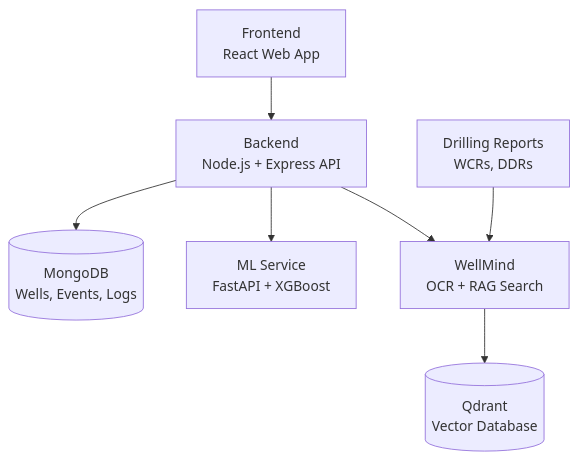
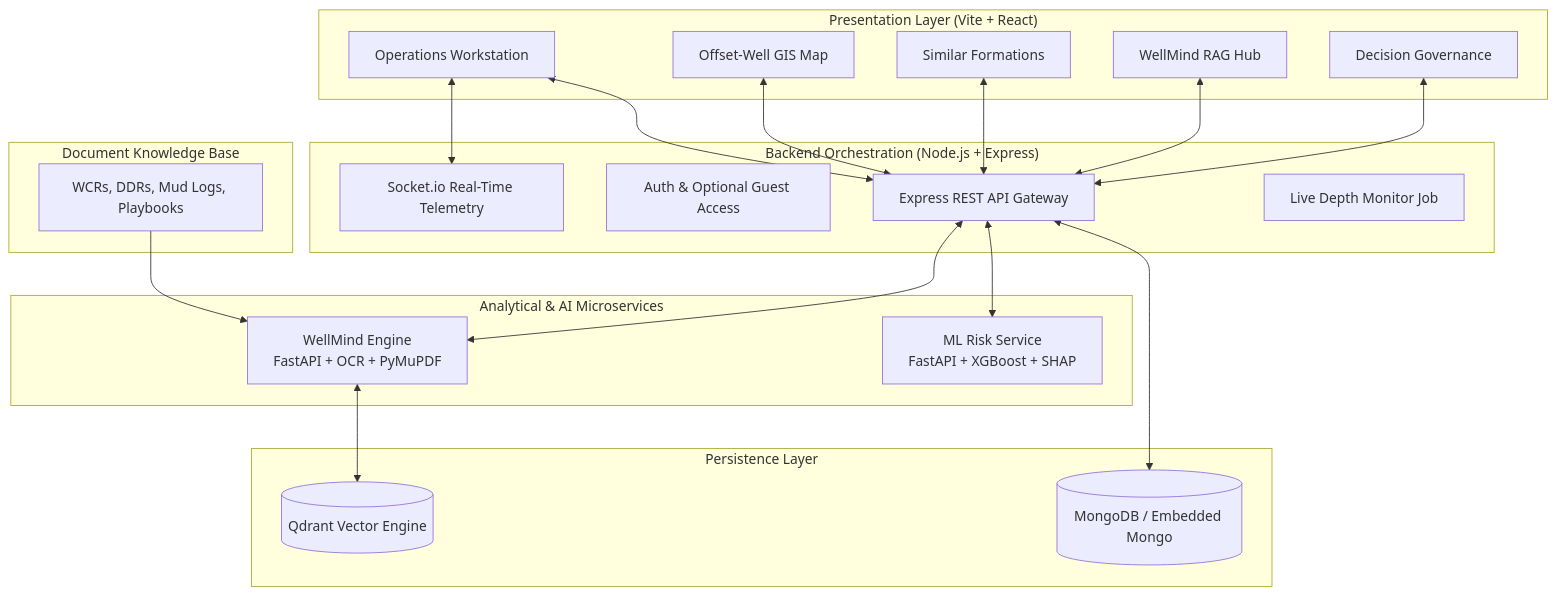
One commit to Sathwik797/WellMind-RAG changed the diagram in README.md. Above: the diagram before and after it, drawn with Mermaid. The commit also changed other lines of this file and 7 other files, not shown here.

````diff
--- a/README.md
+++ b/README.md
@@ -161,9 +162,39 @@
 ```mermaid
 flowchart TD
-    A[Frontend<br/>React Web App] --> B[Backend<br/>Node.js + Express API]
-    B --> C[(MongoDB<br/>Wells, Events, Logs)]
-    B --> D[ML Service<br/>FastAPI + XGBoost]
-    B --> E[WellMind<br/>OCR + RAG Search]
-    E --> F[(Qdrant<br/>Vector Database)]
-    G[Drilling Reports<br/>WCRs, DDRs] --> E
+    subgraph Client["Presentation Layer (Vite + React)"]
+        UI1[Operations Workstation]
+        UI2[Offset-Well GIS Map]
+        UI3[Similar Formations]
+        UI4[WellMind RAG Hub]
+        UI5[Decision Governance]
+    end
+
+    subgraph Orchestrator["Backend Orchestration (Node.js + Express)"]
+        API[Express REST API Gateway]
+        AUTH[Auth & Optional Guest Access]
+        WS[Socket.io Real-Time Telemetry]
+        JOB[Live Depth Monitor Job]
+    end
+
+    subgraph Data["Persistence Layer"]
+        DB[(MongoDB / Embedded Mongo)]
+        QD[(Qdrant Vector Engine)]
+    end
+
+    subgraph Intelligence["Analytical & AI Microservices"]
+        ML[ML Risk Service<br/>FastAPI + XGBoost + SHAP]
+        RAG[WellMind Engine<br/>FastAPI + OCR + PyMuPDF]
+    end
+
+    subgraph Docs["Document Knowledge Base"]
+        PDFs[WCRs, DDRs, Mud Logs, Playbooks]
+    end
+
+    UI1 & UI2 & UI3 & UI4 & UI5 <--> API
+    UI1 <--> WS
+    API <--> DB
+    API <--> ML
+    API <--> RAG
+    RAG <--> QD
+    PDFs --> RAG
 ```
````
